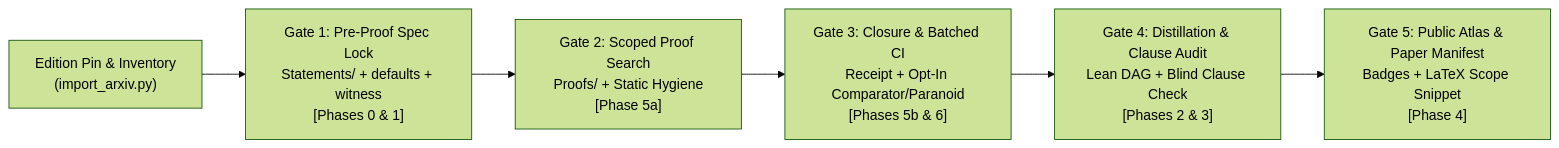
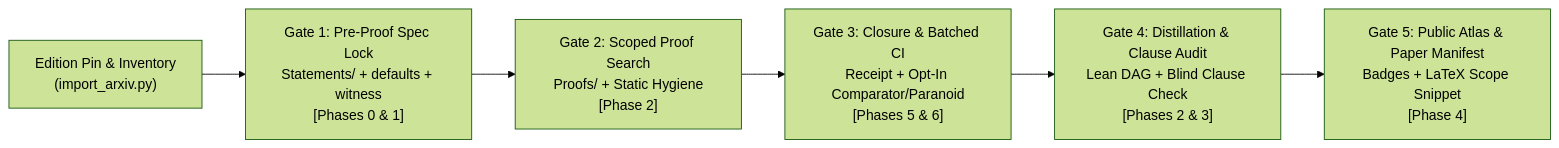
One commit to ANRGUSC/proof-atlas changed the diagram in docs/skill-revision-plan.md. Above: the diagram before and after it, drawn with Mermaid (forest theme). The commit also changed other lines of this file, not shown here.

````diff
--- a/docs/skill-revision-plan.md
+++ b/docs/skill-revision-plan.md
@@ -106,8 +106,8 @@
 ```mermaid
 flowchart LR
     G0["Edition Pin & Inventory<br/>(import_arxiv.py)"] --> G1["Gate 1: Pre-Proof Spec Lock<br/>Statements/ + defaults + witness<br/>[Phases 0 & 1]"]
-    G1 --> G2["Gate 2: Scoped Proof Search<br/>Proofs/ + Static Hygiene<br/>[Phase 5a]"]
-    G2 --> G3["Gate 3: Closure & Batched CI<br/>Receipt + Opt-In Comparator/Paranoid<br/>[Phases 5b & 6]"]
+    G1 --> G2["Gate 2: Scoped Proof Search<br/>Proofs/ + Static Hygiene<br/>[Phase 2]"]
+    G2 --> G3["Gate 3: Closure & Batched CI<br/>Receipt + Opt-In Comparator/Paranoid<br/>[Phases 5 & 6]"]
     G3 --> G4["Gate 4: Distillation & Clause Audit<br/>Lean DAG + Blind Clause Check<br/>[Phases 2 & 3]"]
     G4 --> G5["Gate 5: Public Atlas & Paper Manifest<br/>Badges + LaTeX Scope Snippet<br/>[Phase 4]"]
 ```
````
